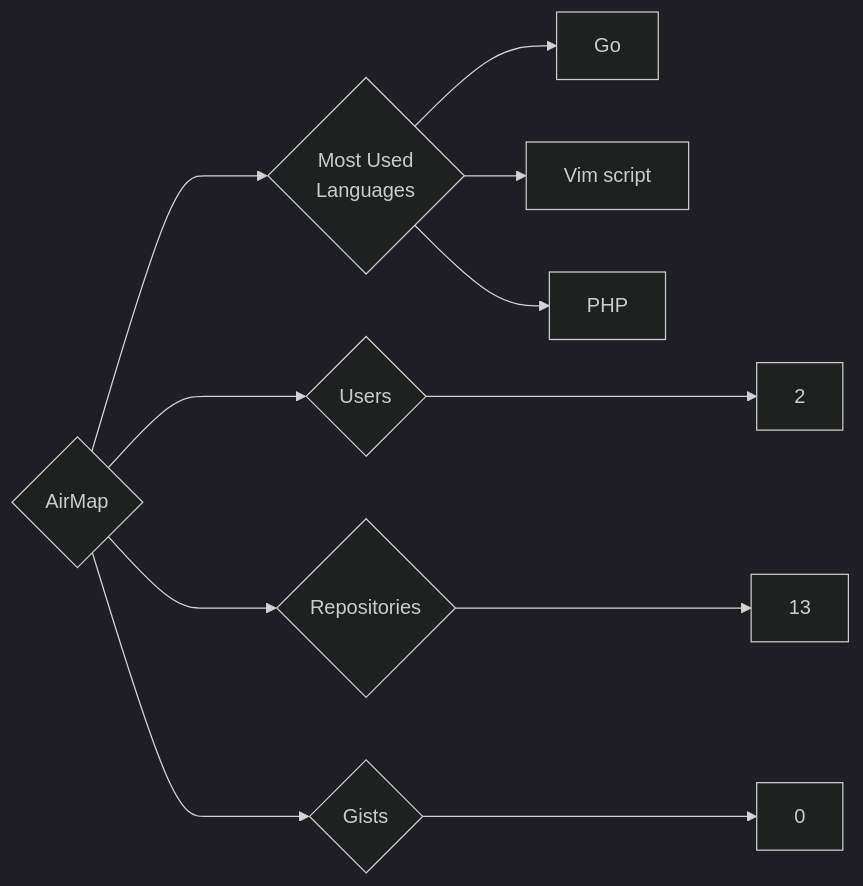
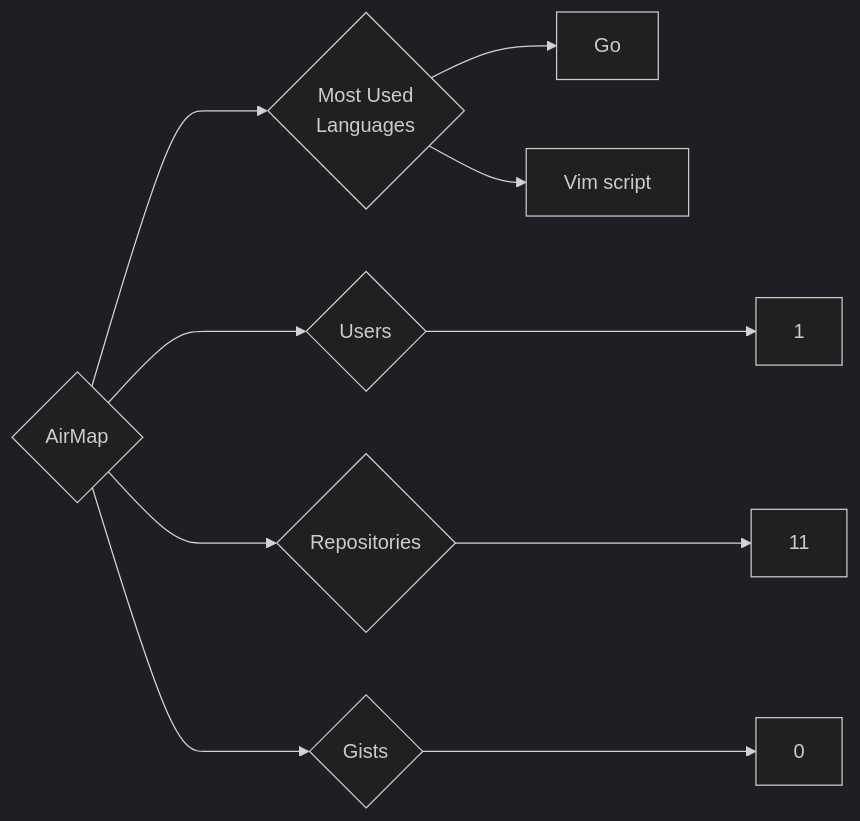
One commit to trickest/insiders changed the diagram in targets/AirMap/README.md. Above: the diagram before and after it, drawn with Mermaid (dark theme). The commit also changed 951 other files, not shown here.

````diff
--- a/targets/AirMap/README.md
+++ b/targets/AirMap/README.md
@@ -3,11 +3,10 @@
 ```mermaid
 graph LR
 COMPANY_NAME{AirMap}
-COMPANY_NAME ---> U{Users} ---> UN[2]
-COMPANY_NAME ---> R{Repositories} ---> RN[13]
+COMPANY_NAME ---> U{Users} ---> UN[1]
+COMPANY_NAME ---> R{Repositories} ---> RN[11]
 COMPANY_NAME ---> G{Gists} ---> GN[0]
 COMPANY_NAME ---> ML{Most Used<br>Languages}
 ML --> Go[Go]
 ML --> Vim_script[Vim script]
-ML --> PHP[PHP]
 ```
````
